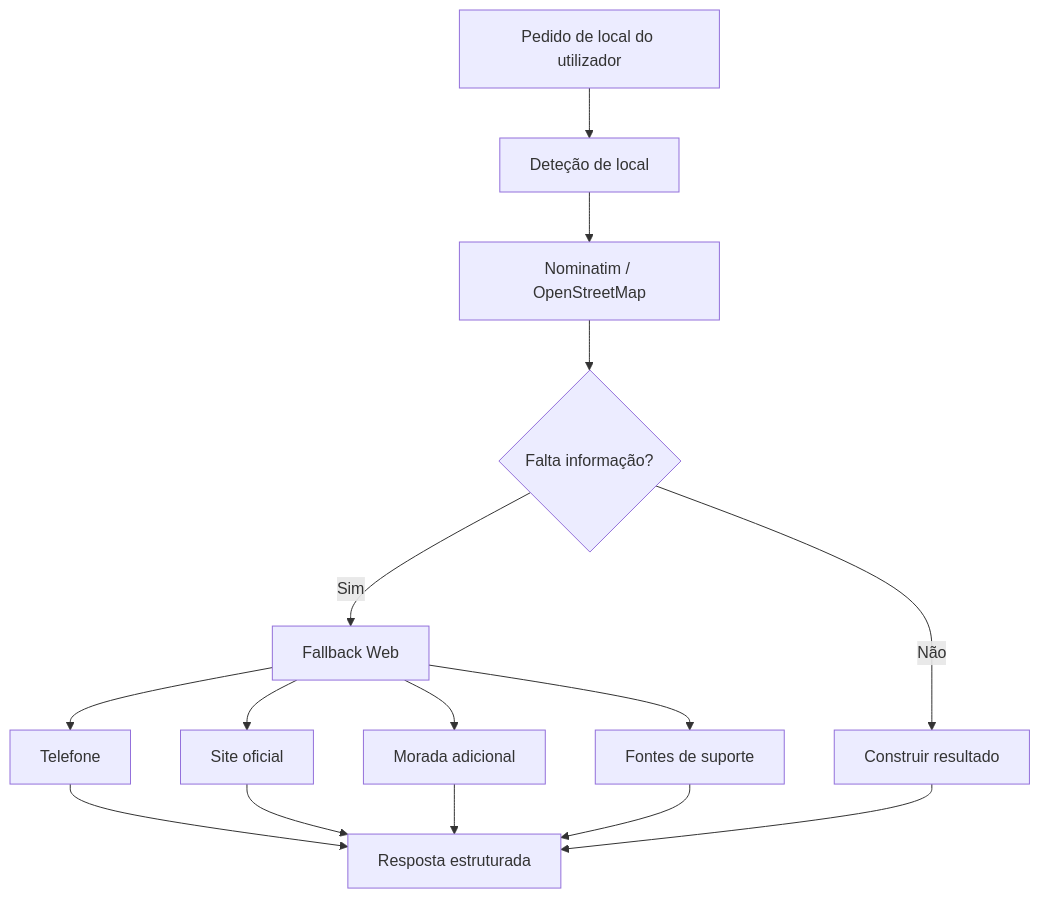
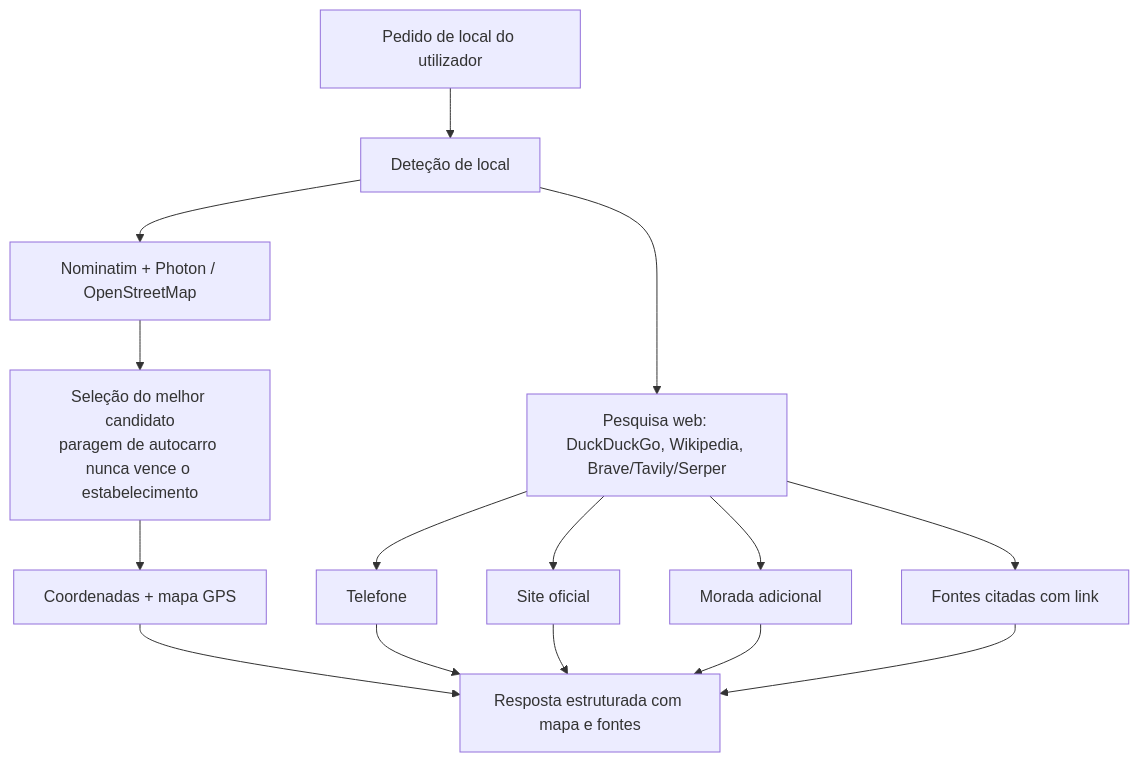
Before and after one commit to Valthoris-code/Valthoris-llm: the sixth of 9 diagrams in README.md, drawn with Mermaid. The commit also changed other lines of this file and 4 other files, not shown here.

````diff
--- a/README.md
+++ b/README.md
@@ -386,14 +386,13 @@
 ```mermaid
 flowchart TD
     A[Pedido de local do utilizador] --> B[Deteção de local]
-    B --> C[Nominatim / OpenStreetMap]
-    C --> D{Falta informação?}
-    D -- Não --> E[Construir resultado]
-    D -- Sim --> F[Fallback Web]
+    B --> C[Nominatim + Photon / OpenStreetMap]
+    B --> F[Pesquisa web: DuckDuckGo, Wikipedia, Brave/Tavily/Serper]
+    C --> D[Seleção do melhor candidato<br/>paragem de autocarro nunca vence o estabelecimento]
+    D --> E[Coordenadas + mapa GPS]
     F --> G[Telefone]
     F --> H[Site oficial]
     F --> I[Morada adicional]
-    F --> J[Fontes de suporte]
-    G & H & I & J --> K[Resposta estruturada]
-    E --> K
+    F --> J[Fontes citadas com link]
+    E & G & H & I & J --> K[Resposta estruturada com mapa e fontes]
 ```
````
